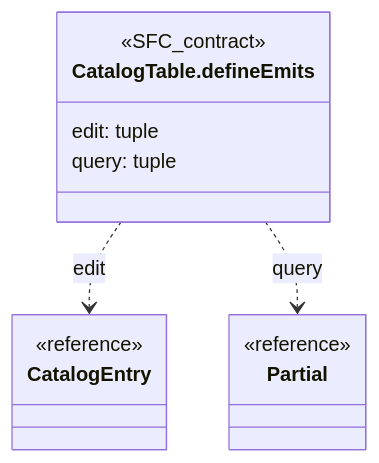
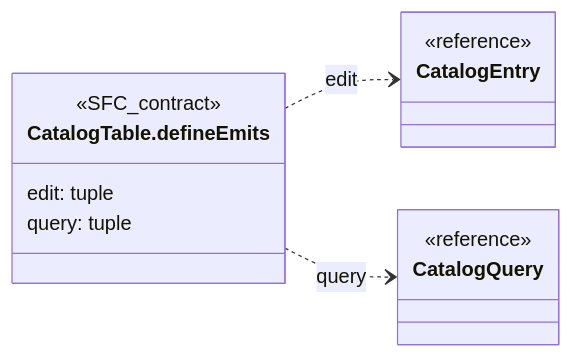
Before and after one commit to gpgsistemas01/nexus: diagram 13 of 36 in front/docs/architecture/views/logical/type-reference/catalogs.md, drawn with Mermaid. The commit also changed other lines of this file and 37 other files, not shown here.

Commit message:
docs: depurar diagramas y conservar contratos propios del frontend

````diff
--- a/front/docs/architecture/views/logical/type-reference/catalogs.md
+++ b/front/docs/architecture/views/logical/type-reference/catalogs.md
@@ -402,17 +369,17 @@
 ```mermaid
 classDiagram
-    direction TB
+    direction LR
     class Subject["CatalogTable.defineEmits"] {
         <<SFC_contract>>
         edit: tuple
         query: tuple
     }
     class R0["CatalogEntry"] {
         <<reference>>
     }
-    class R1["Partial"] {
+    class R1["CatalogQuery"] {
         <<reference>>
     }
     Subject ..> R0 : edit
     Subject ..> R1 : query
 ```
````
